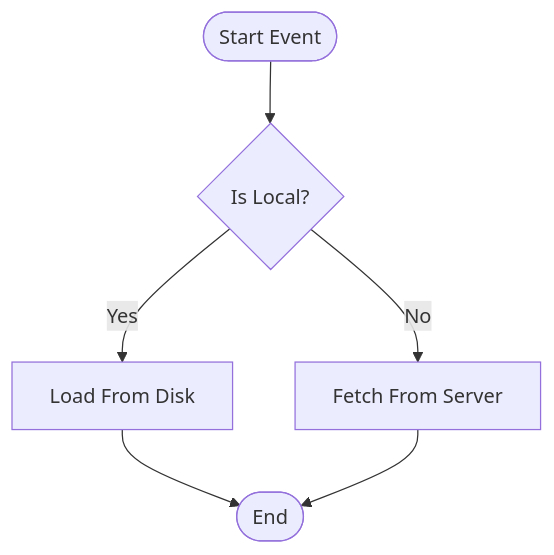
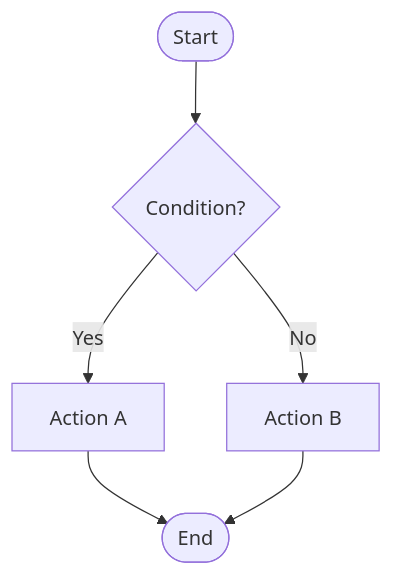
Before and after one commit to cuozg/oh-my-skills: the first of 4 diagrams in skills/other/mermaid/references/MERMAID_PATTERNS.md, drawn with Mermaid. The commit also changed other lines of this file and 144 other files, not shown here.

````diff
--- a/skills/other/mermaid/references/MERMAID_PATTERNS.md
+++ b/skills/other/mermaid/references/MERMAID_PATTERNS.md
@@ -9,8 +4,7 @@
 ```mermaid
 flowchart TD
-    Start([Start Event]) --> Check{Is Local?}
-    Check -- Yes --> LoadLocal[Load From Disk]
-    Check -- No --> FetchRemote[Fetch From Server]
-    LoadLocal --> Done
-    FetchRemote --> Done([End])
+    Start([Start]) --> Check{Condition?}
+    Check -- Yes --> A[Action A]
+    Check -- No --> B[Action B]
+    A & B --> Done([End])
 ```
````
